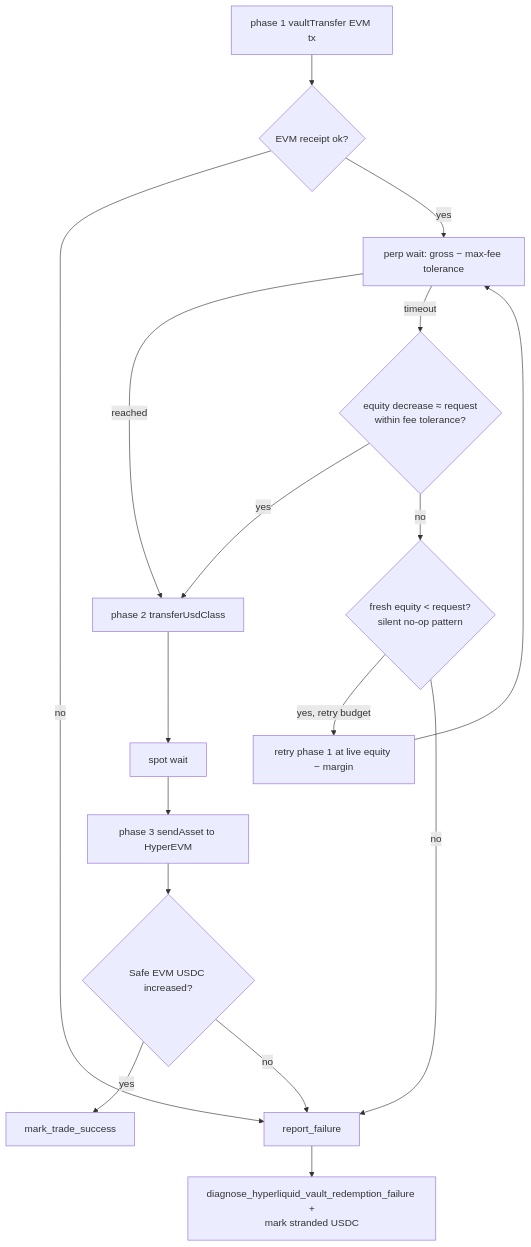
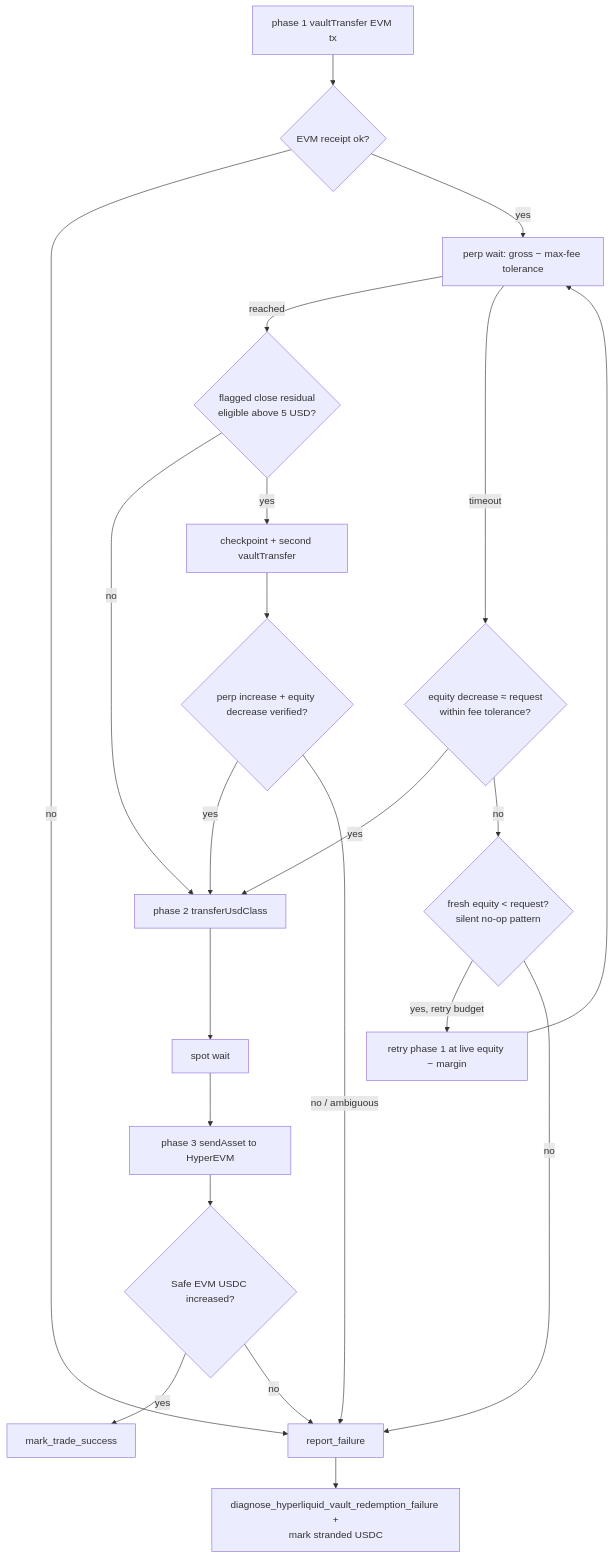
One commit to tradingstrategy-ai/trade-executor changed the third of 3 diagrams in .claude/docs/hypercore-vault.md. Above: the diagram before and after it, drawn with Mermaid. The commit also changed other lines of this file and 19 other files, not shown here.

````diff
--- a/.claude/docs/hypercore-vault.md
+++ b/.claude/docs/hypercore-vault.md
@@ -384,19 +414,24 @@
 ```mermaid
 flowchart TD
     A[phase 1 vaultTransfer EVM tx] --> B{EVM receipt ok?}
     B -- no --> F[report_failure]
     B -- yes --> C[perp wait: gross − max-fee tolerance]
-    C -- reached --> P2[phase 2 transferUsdClass]
+    C -- reached --> RC{flagged close residual<br/>eligible above 5 USD?}
+    RC -- no --> P2[phase 2 transferUsdClass]
+    RC -- yes --> R2[checkpoint + second vaultTransfer]
+    R2 --> V2{perp increase + equity decrease verified?}
+    V2 -- yes --> P2
+    V2 -- no / ambiguous --> F
     C -- timeout --> D{equity decrease ≈ request<br/>within fee tolerance?}
     D -- yes --> P2
     D -- no --> E{fresh equity < request?<br/>silent no-op pattern}
     E -- yes, retry budget --> R[retry phase 1 at live equity − margin]
     R --> C
     E -- no --> F
     P2 --> S[spot wait]
     S --> P3[phase 3 sendAsset to HyperEVM]
     P3 --> V{Safe EVM USDC increased?}
     V -- yes --> OK[mark_trade_success]
     V -- no --> F
     F --> DIAG[diagnose_hyperliquid_vault_redemption_failure +<br/>mark stranded USDC]
 ```
````
